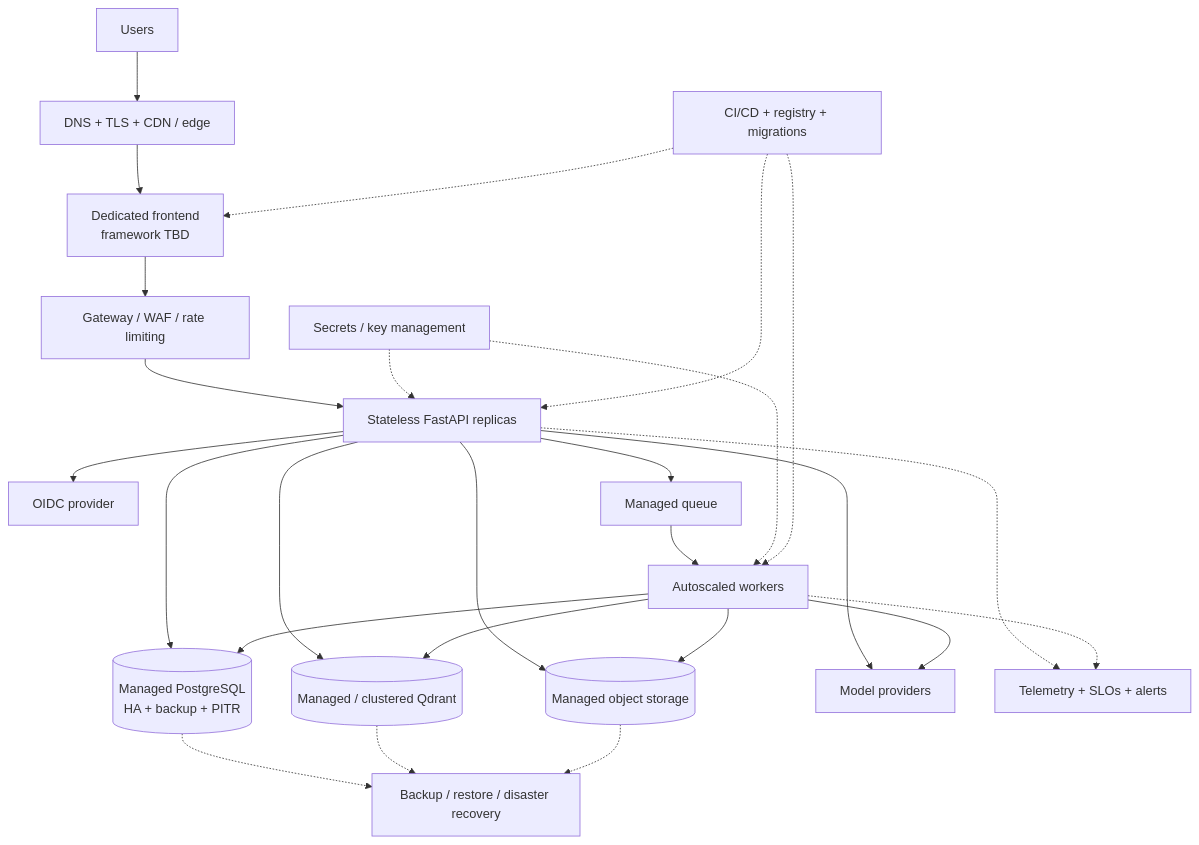
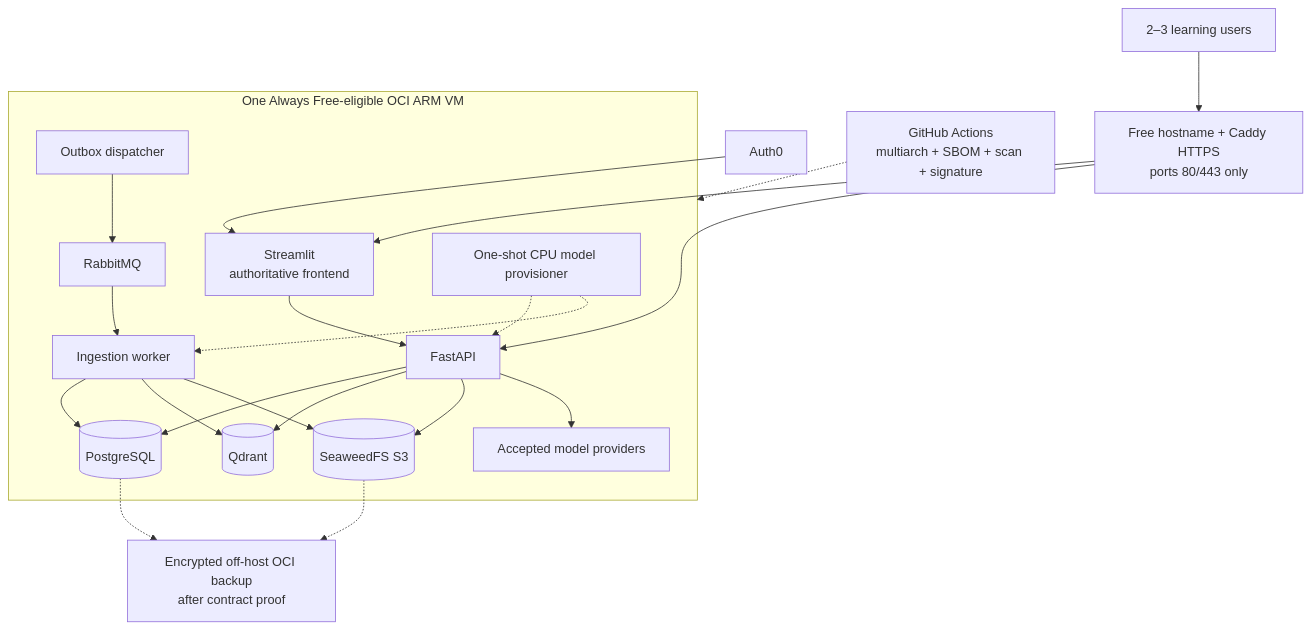
One commit to mvyas412/ai-projects changed the tenth of 11 diagrams in mm-rag-full-stack-genai-bootcamp-3.0/docs/architecture/ARCHITECTURE.md. Above: the diagram before and after it, drawn with Mermaid. The commit also changed other lines of this file and 2 other files, not shown here.

Commit message:
docs(mm-rag): record Phase 8 deployment checkpoint

````diff
--- a/mm-rag-full-stack-genai-bootcamp-3.0/docs/architecture/ARCHITECTURE.md
+++ b/mm-rag-full-stack-genai-bootcamp-3.0/docs/architecture/ARCHITECTURE.md
@@ -707,28 +707,24 @@
 ```mermaid
 flowchart TB
-    user["Users"] --> edge["DNS + TLS + CDN / edge"]
-    edge --> web["Dedicated frontend<br/>framework TBD"]
-    web --> gateway["Gateway / WAF / rate limiting"]
-    gateway --> api["Stateless FastAPI replicas"]
-    api --> oidc["OIDC provider"]
-    api --> pg[("Managed PostgreSQL<br/>HA + backup + PITR")]
-    api --> qd[("Managed / clustered Qdrant")]
-    api --> objects[("Managed object storage")]
-    api --> queue["Managed queue"]
-    queue --> workers["Autoscaled workers"]
-    workers --> pg
-    workers --> qd
-    workers --> objects
-    api --> models["Model providers"]
-    workers --> models
-    secrets["Secrets / key management"] -.-> api
-    secrets -.-> workers
-    deploy["CI/CD + registry + migrations"] -.-> web
-    deploy -.-> api
-    deploy -.-> workers
-    api -.-> observe["Telemetry + SLOs + alerts"]
-    workers -.-> observe
-    pg -.-> recovery["Backup / restore / disaster recovery"]
-    qd -.-> recovery
-    objects -.-> recovery
+    user["2–3 learning users"] --> edge["Free hostname + Caddy HTTPS<br/>ports 80/443 only"]
+    edge --> ui["Streamlit<br/>authoritative frontend"]
+    edge --> api["FastAPI"]
+    auth["Auth0"] --> ui
+    subgraph vm["One Always Free-eligible OCI ARM VM"]
+        ui --> api
+        api --> pg[("PostgreSQL")]
+        api --> qd[("Qdrant")]
+        api --> objects[("SeaweedFS S3")]
+        api --> models["Accepted model providers"]
+        dispatcher["Outbox dispatcher"] --> queue["RabbitMQ"]
+        queue --> worker["Ingestion worker"]
+        worker --> pg
+        worker --> qd
+        worker --> objects
+        provision["One-shot CPU model provisioner"] -.-> api
+        provision -.-> worker
+    end
+    delivery["GitHub Actions<br/>multiarch + SBOM + scan + signature"] -.-> vm
+    pg -.-> backup["Encrypted off-host OCI backup<br/>after contract proof"]
+    objects -.-> backup
 ```
````
